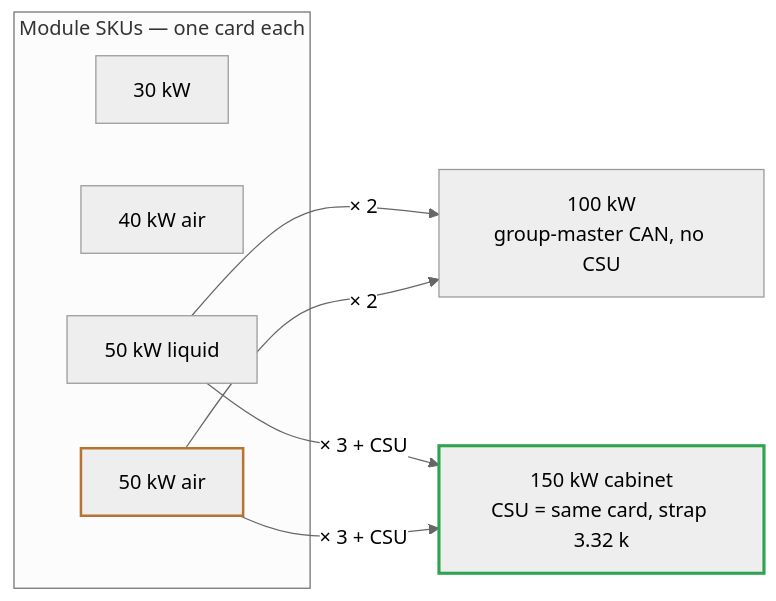
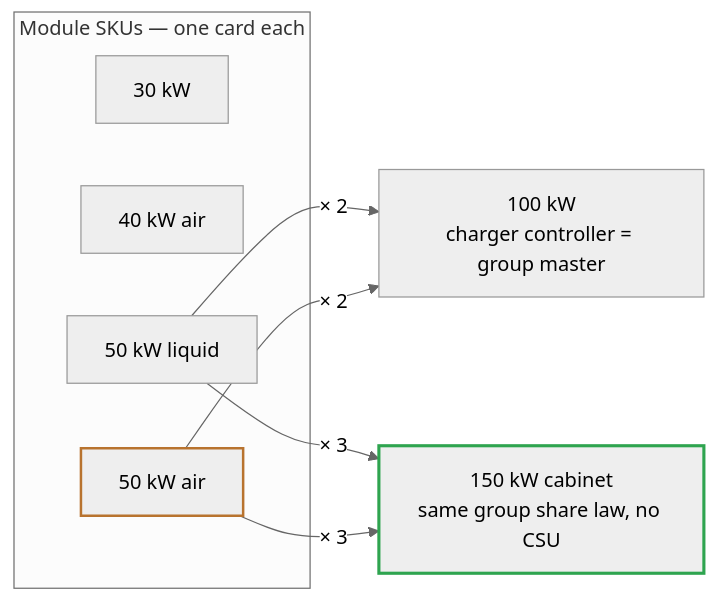
One commit to vectivolt/DC-Modules changed the diagram in boards/README-product-structure.md. Above: the diagram before and after it, drawn with Mermaid (neutral theme). The commit also changed other lines of this file and 101 other files, not shown here.

````diff
--- a/boards/README-product-structure.md
+++ b/boards/README-product-structure.md
@@ -31,15 +31,15 @@
 ```mermaid
 flowchart LR
   subgraph MODULES["Module SKUs — one card each"]
     M30["30 kW"]
     M40["40 kW air"]
     M50L["50 kW liquid"]
     M50A["50 kW air"]
   end
-  M50L -- "× 2" --> P100["100 kW<br/>group-master CAN, no CSU"]
+  M50L -- "× 2" --> P100["100 kW<br/>charger controller = group master"]
   M50A -- "× 2" --> P100
-  M50L -- "× 3 + CSU" --> P150["150 kW cabinet<br/>CSU = same card, strap 3.32 k"]
-  M50A -- "× 3 + CSU" --> P150
+  M50L -- "× 3" --> P150["150 kW cabinet<br/>same group share law, no CSU"]
+  M50A -- "× 3" --> P150
   style P150 stroke:#2ea44f,stroke-width:2.5px
   style M50A stroke:#b8732e,stroke-width:2px
 ```
````
